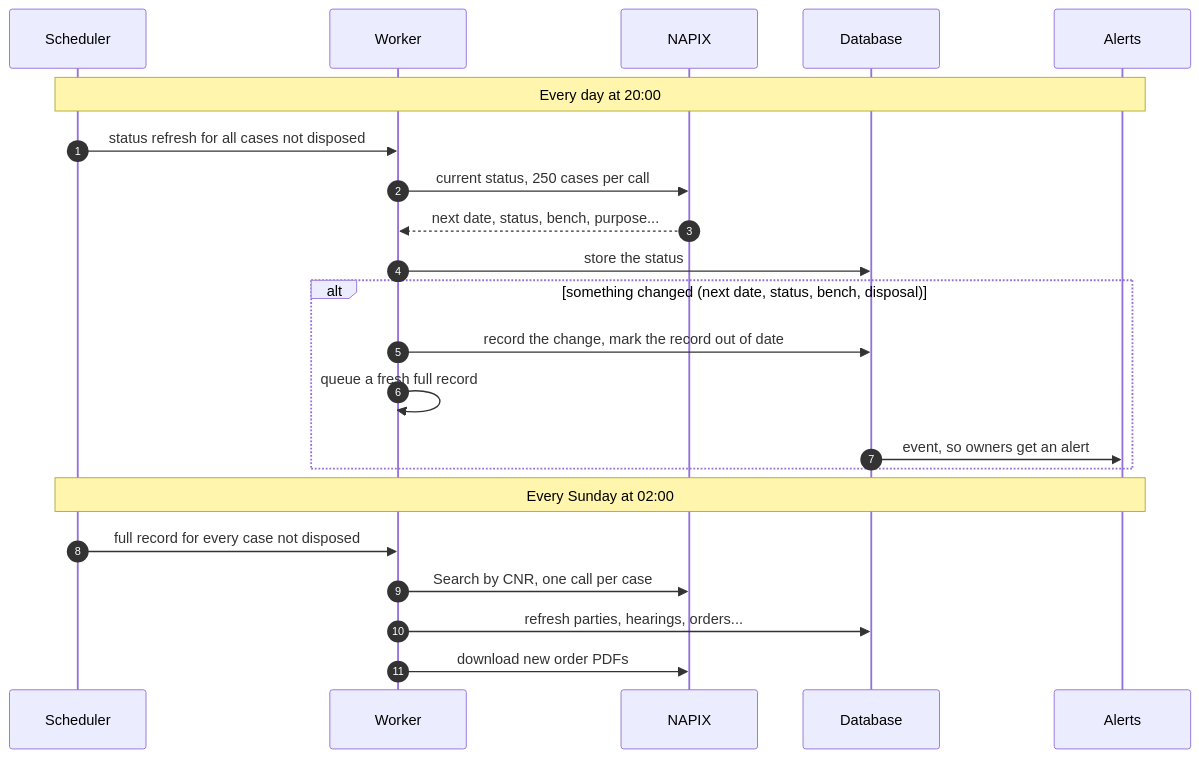
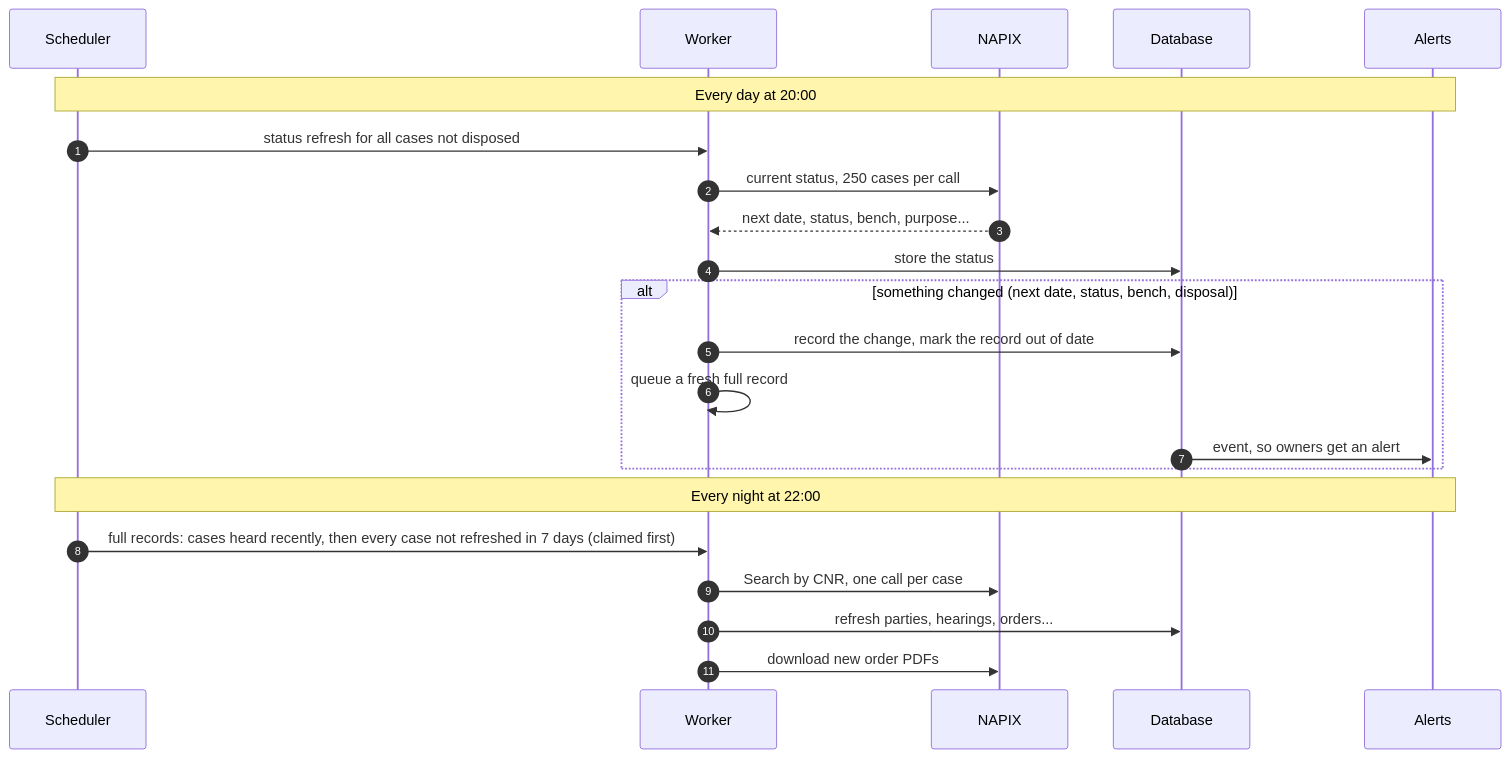
Before and after one commit to nayanlhuzuri/ASLMS: the fourth of 10 diagrams in docs/ASLMS_Process_Workflows.md, drawn with Mermaid. The commit also changed other lines of this file and 46 other files, not shown here.

````diff
--- a/docs/ASLMS_Process_Workflows.md
+++ b/docs/ASLMS_Process_Workflows.md
@@ -247,26 +248,26 @@
 ```mermaid
 sequenceDiagram
     autonumber
     participant S as Scheduler
     participant W as Worker
     participant N as NAPIX
     participant D as Database
     participant A as Alerts
 
     Note over S,A: Every day at 20:00
     S->>W: status refresh for all cases not disposed
     W->>N: current status, 250 cases per call
     N-->>W: next date, status, bench, purpose...
     W->>D: store the status
     alt something changed (next date, status, bench, disposal)
         W->>D: record the change, mark the record out of date
         W->>W: queue a fresh full record
         D->>A: event, so owners get an alert
     end
 
-    Note over S,A: Every Sunday at 02:00
-    S->>W: full record for every case not disposed
+    Note over S,A: Every night at 22:00
+    S->>W: full records: cases heard recently, then every case not refreshed in 7 days (claimed first)
     W->>N: Search by CNR, one call per case
     W->>D: refresh parties, hearings, orders...
     W->>N: download new order PDFs
 ```
````
